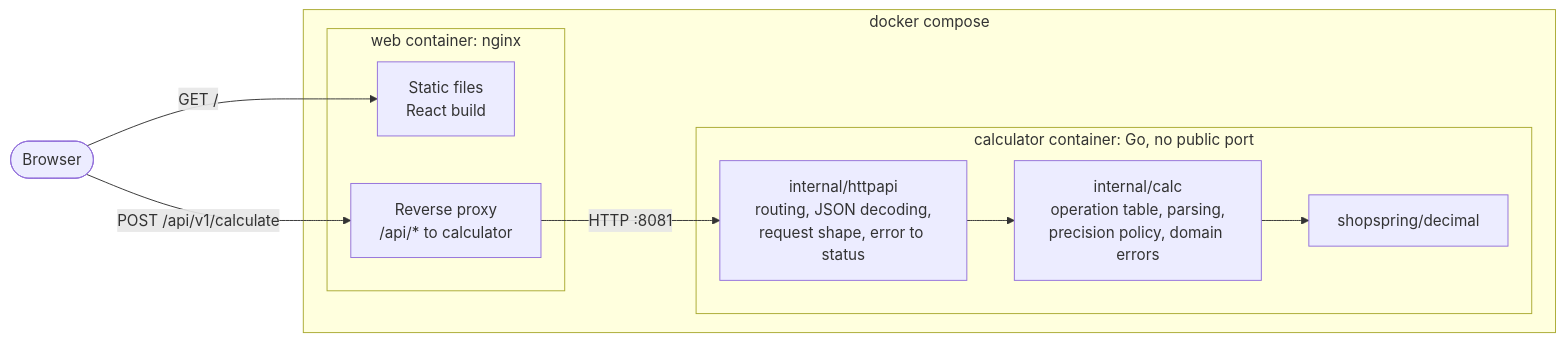
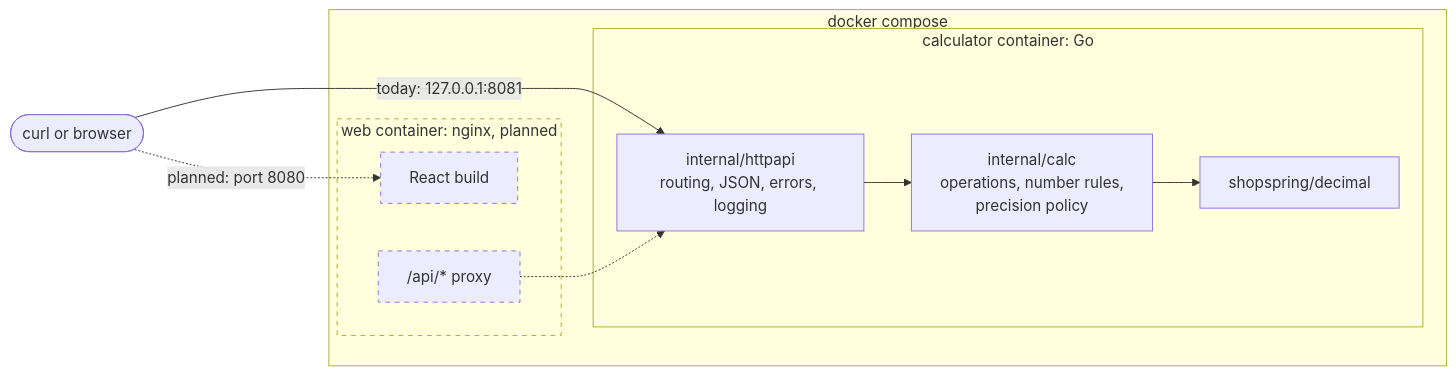
One commit to FurkanCodes/calculator changed the diagram in README.md. Above: the diagram before and after it, drawn with Mermaid. The commit also changed other lines of this file and 5 other files, not shown here.

````diff
--- a/README.md
+++ b/README.md
@@ -185,20 +149,23 @@
 ```mermaid
 flowchart LR
-    user(["Browser"])
+    client(["curl or browser"])
     subgraph compose["docker compose"]
-        subgraph web["web container: nginx"]
-            static["Static files<br/>React build"]
-            proxy["Reverse proxy<br/>/api/* to calculator"]
+        subgraph web["web container: nginx, planned"]
+            static["React build"]
+            proxy["/api/* proxy"]
         end
-        subgraph calculator["calculator container: Go, no public port"]
-            httpapi["internal/httpapi<br/>routing, JSON decoding,<br/>request shape, error to status"]
-            calc["internal/calc<br/>operation table, parsing,<br/>precision policy, domain errors"]
+        subgraph calculator["calculator container: Go"]
+            httpapi["internal/httpapi<br/>routing, JSON, errors, logging"]
+            calc["internal/calc<br/>operations, number rules,<br/>precision policy"]
             decimal["shopspring/decimal"]
         end
     end
-    user -->|"GET /"| static
-    user -->|"POST /api/v1/calculate"| proxy
-    proxy -->|"HTTP :8081"| httpapi
+    client -->|"today: 127.0.0.1:8081"| httpapi
+    client -.->|"planned: port 8080"| static
+    proxy -.-> httpapi
     httpapi --> calc
     calc --> decimal
+    style web stroke-dasharray: 5 5
+    style static stroke-dasharray: 5 5
+    style proxy stroke-dasharray: 5 5
 ```
````
